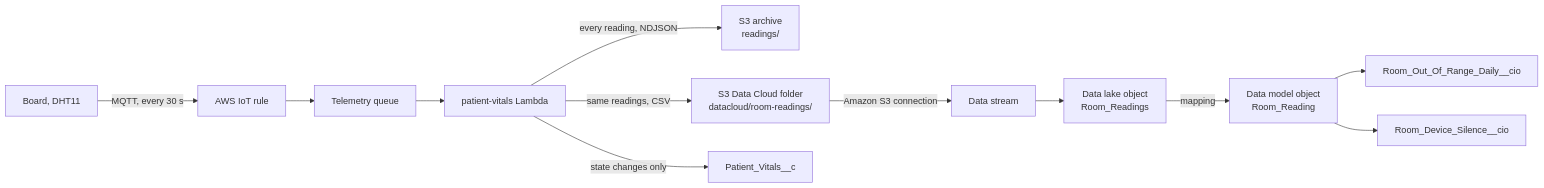
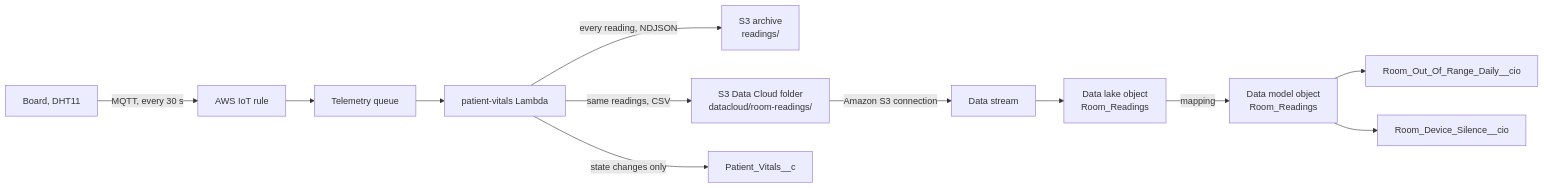
The diagram in docs/DATA-CLOUD.md (CloudArchitect101/Cloud-Agentic-IoT), drawn with Mermaid before and after one commit. The commit also changed other lines of this file and 13 other files, not shown here.

First line of the commit message:
fix(data-cloud): the data model object is Room_Readings, as made in the org

````diff
--- a/docs/DATA-CLOUD.md
+++ b/docs/DATA-CLOUD.md
@@ -16,14 +16,14 @@
 ```mermaid
 flowchart LR
   B[Board, DHT11] -->|MQTT, every 30 s| I[AWS IoT rule]
   I --> Q[Telemetry queue]
   Q --> L[patient-vitals Lambda]
   L -->|every reading, NDJSON| A["S3 archive<br/>readings/"]
   L -->|same readings, CSV| C["S3 Data Cloud folder<br/>datacloud/room-readings/"]
   L -->|state changes only| S[Patient_Vitals__c]
   C -->|Amazon S3 connection| D[Data stream]
   D --> DLO[Data lake object<br/>Room_Readings]
-  DLO -->|mapping| DMO[Data model object<br/>Room_Reading]
+  DLO -->|mapping| DMO[Data model object<br/>Room_Readings]
   DMO --> CI1[Room_Out_Of_Range_Daily__cio]
   DMO --> CI2[Room_Device_Silence__cio]
 ```
````
